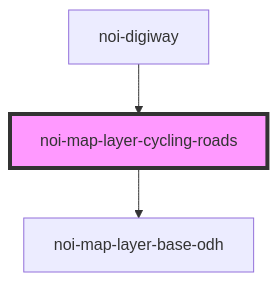
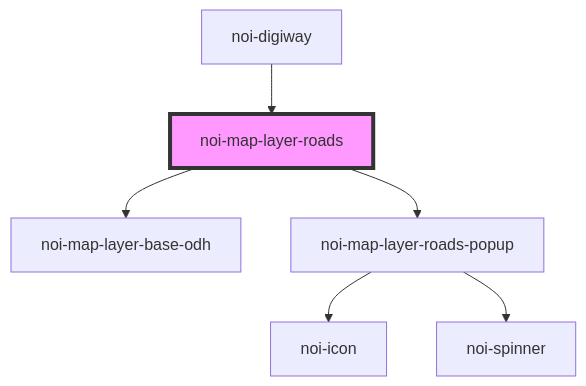
The diagram in src/blocks/map-layer-roads/readme.md (MaxXx1313/webcomp-digiway), drawn with Mermaid before and after one commit. The commit also changed other lines of this file and 5 other files, not shown here.

Commit message:
noi-techpark/webcomp-digiway-data#8 update docs

````diff
--- a/src/blocks/map-layer-roads/readme.md
+++ b/src/blocks/map-layer-roads/readme.md
@@ -44,6 +45,9 @@
 ```mermaid
 graph TD;
-  noi-map-layer-cycling-roads --> noi-map-layer-base-odh
-  noi-digiway --> noi-map-layer-cycling-roads
-  style noi-map-layer-cycling-roads fill:#f9f,stroke:#333,stroke-width:4px
+  noi-map-layer-roads --> noi-map-layer-base-odh
+  noi-map-layer-roads --> noi-map-layer-roads-popup
+  noi-map-layer-roads-popup --> noi-icon
+  noi-map-layer-roads-popup --> noi-spinner
+  noi-digiway --> noi-map-layer-roads
+  style noi-map-layer-roads fill:#f9f,stroke:#333,stroke-width:4px
 ```
````
